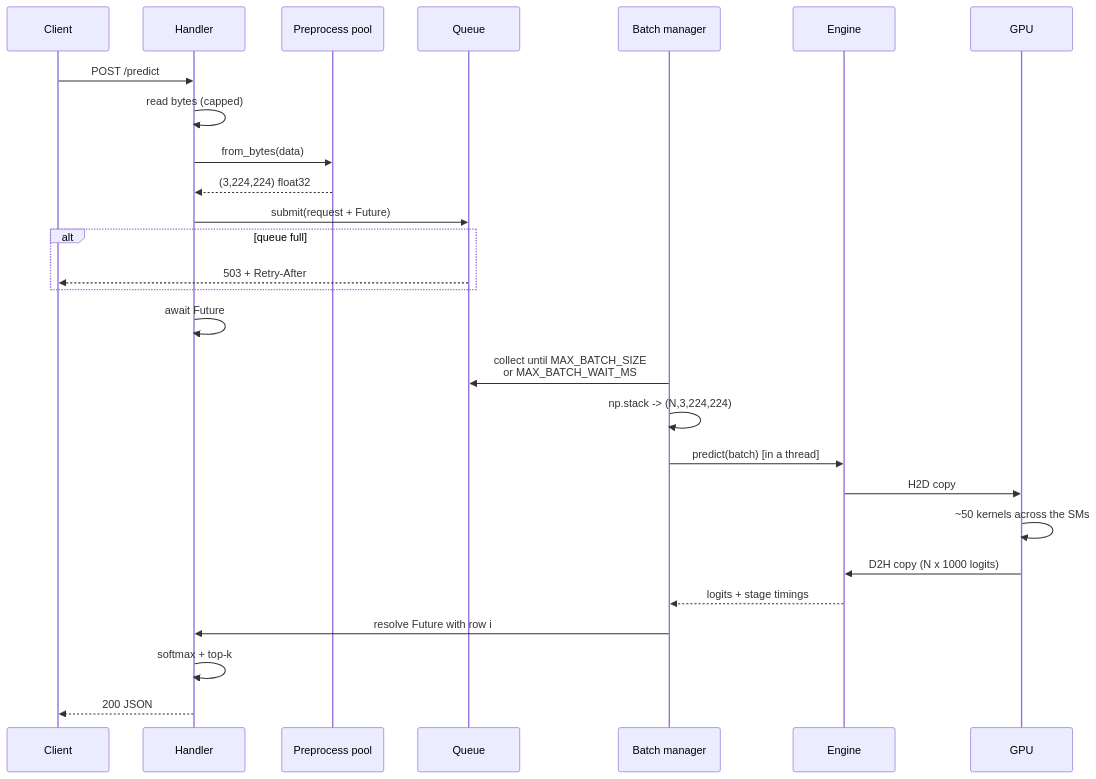
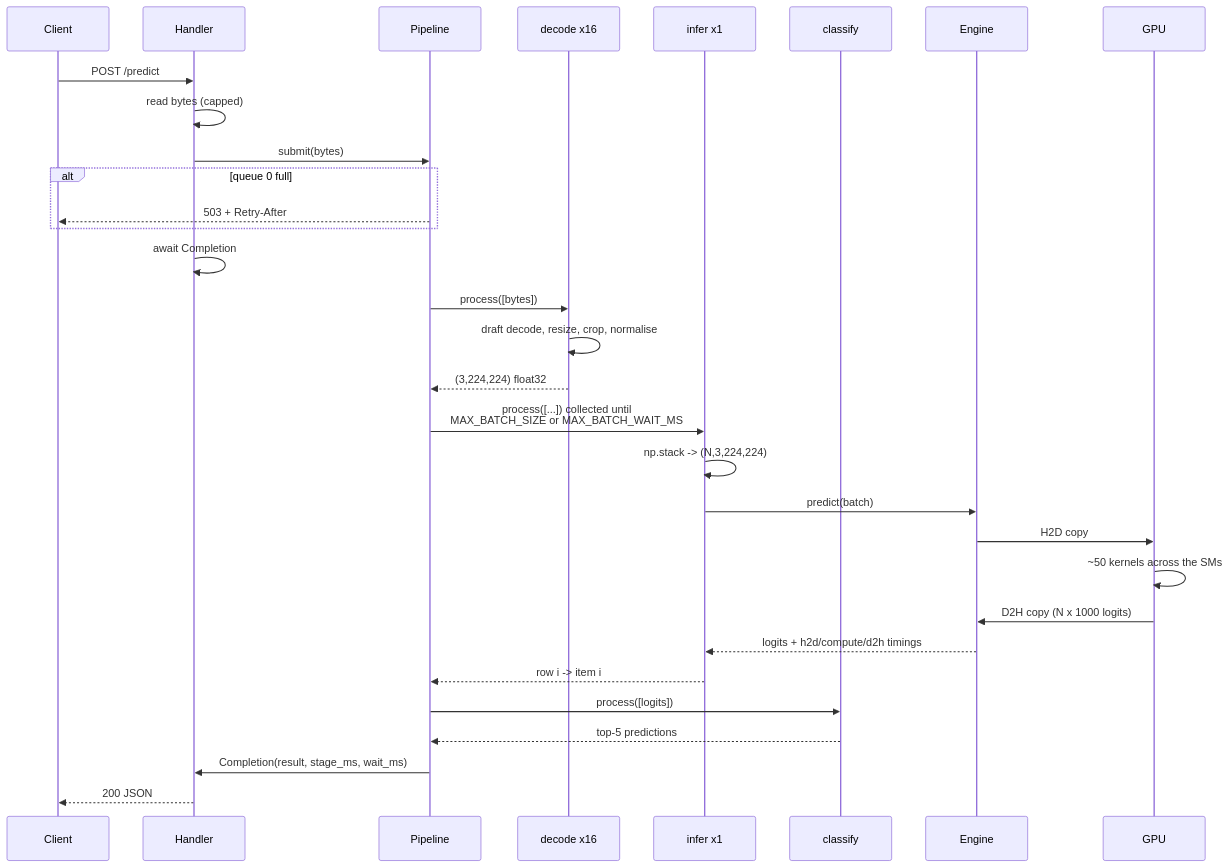
Before and after one commit to Harsh-BH/gpu-inference-system: the second of 8 diagrams in docs/architecture.md, drawn with Mermaid. The commit also changed other lines of this file and 32 other files, not shown here.

First line of the commit message:
feat(pipeline): a staged runtime replaces the queue, and a one-line 1.62x decode

````diff
--- a/docs/architecture.md
+++ b/docs/architecture.md
@@ -36,31 +55,37 @@
 ```mermaid
 sequenceDiagram
     participant C as Client
     participant H as Handler
-    participant P as Preprocess pool
-    participant Q as Queue
-    participant B as Batch manager
+    participant PL as Pipeline
+    participant D as decode x16
+    participant I as infer x1
+    participant K as classify
     participant E as Engine
     participant G as GPU
 
     C->>H: POST /predict
     H->>H: read bytes (capped)
-    H->>P: from_bytes(data)
-    P-->>H: (3,224,224) float32
-    H->>Q: submit(request + Future)
-    alt queue full
-        Q-->>C: 503 + Retry-After
+    H->>PL: submit(bytes)
+    alt queue 0 full
+        PL-->>C: 503 + Retry-After
     end
-    H->>H: await Future
+    H->>H: await Completion
 
-    B->>Q: collect until MAX_BATCH_SIZE<br/>or MAX_BATCH_WAIT_MS
-    B->>B: np.stack -> (N,3,224,224)
-    B->>E: predict(batch)  [in a thread]
+    PL->>D: process([bytes])
+    D->>D: draft decode, resize, crop, normalise
+    D-->>PL: (3,224,224) float32
+
+    PL->>I: process([...]) collected until<br/>MAX_BATCH_SIZE or MAX_BATCH_WAIT_MS
+    I->>I: np.stack -> (N,3,224,224)
+    I->>E: predict(batch)
     E->>G: H2D copy
     G->>G: ~50 kernels across the SMs
     G->>E: D2H copy (N x 1000 logits)
-    E-->>B: logits + stage timings
-    B->>H: resolve Future with row i
-    H->>H: softmax + top-k
+    E-->>I: logits + h2d/compute/d2h timings
+    I-->>PL: row i -> item i
+
+    PL->>K: process([logits])
+    K-->>PL: top-5 predictions
+    PL->>H: Completion(result, stage_ms, wait_ms)
     H-->>C: 200 JSON
 ```
````
